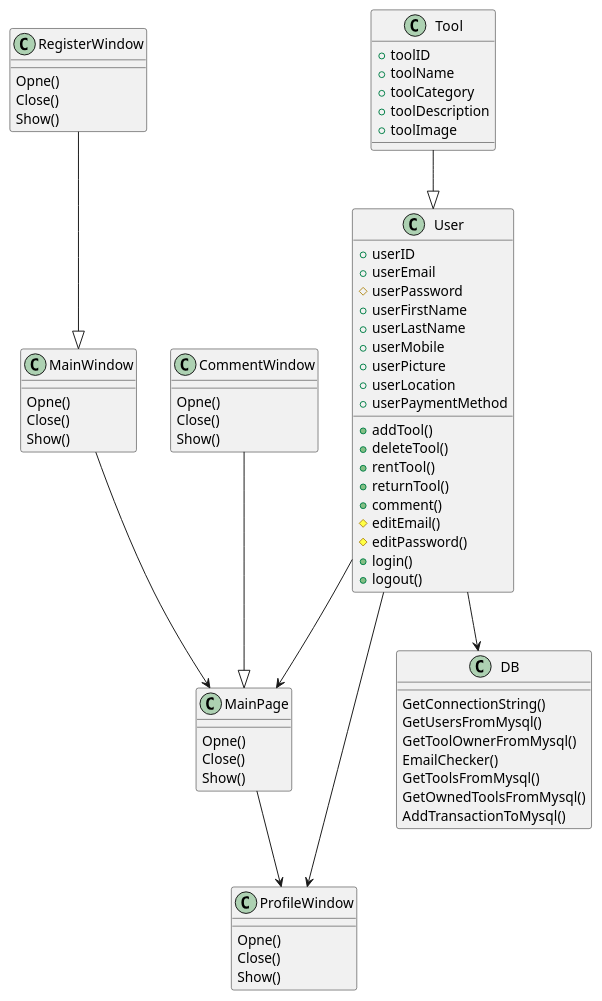
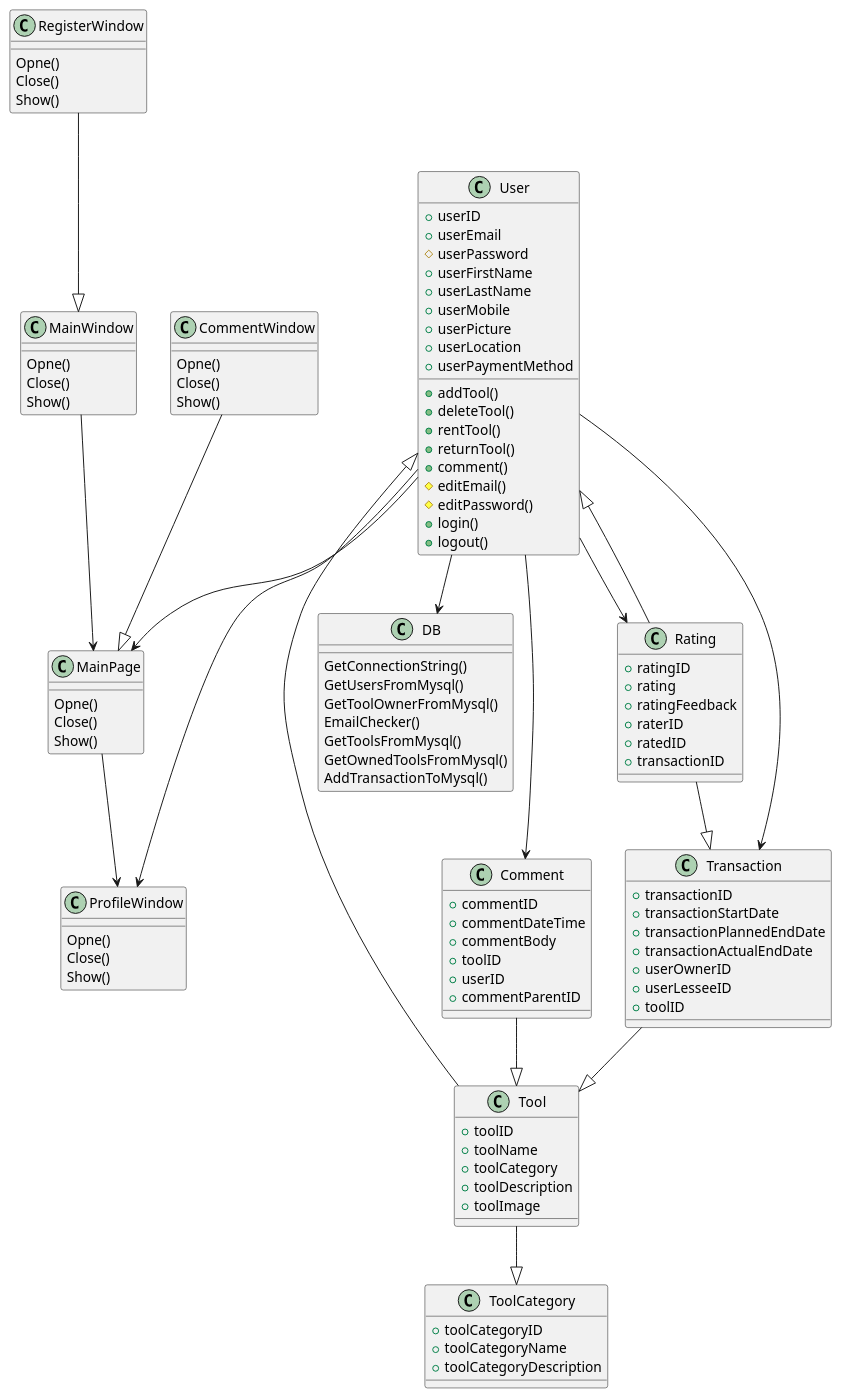
The fifth of 5 diagrams in README.md (samsonitto/itool), drawn with PlantUML before and after one commit. The commit also changed other lines of this file, not shown here.

````diff
--- a/README.md
+++ b/README.md
@@ -214,6 +223,40 @@
         +toolCategory
         +toolDescription
         +toolImage
+    }
+    
+    class Comment {
+        +commentID
+        +commentDateTime
+        +commentBody
+        +toolID
+        +userID
+        +commentParentID
+    }
+    
+    class Transaction {
+        +transactionID
+        +transactionStartDate
+        +transactionPlannedEndDate
+        +transactionActualEndDate
+        +userOwnerID
+        +userLesseeID
+        +toolID
+    }
+    
+    class ToolCategory {
+        +toolCategoryID
+        +toolCategoryName
+        +toolCategoryDescription
+    }
+    
+    class Rating {
+        +ratingID
+        +rating
+        +ratingFeedback
+        +raterID
+        +ratedID
+        +transactionID
     }
     
     class MainWindow {
@@ -264,6 +307,14 @@
     User --> ProfileWindow
     Tool --|> User
     User --> DB
+    Tool --|> ToolCategory
+    Transaction --|> Tool
+    User --> Transaction
+    User --> Comment
+    Comment --|> Tool
+    User --> Rating
+    Rating --|> User
+    Rating --|> Transaction
     
 @enduml
 ```
````
